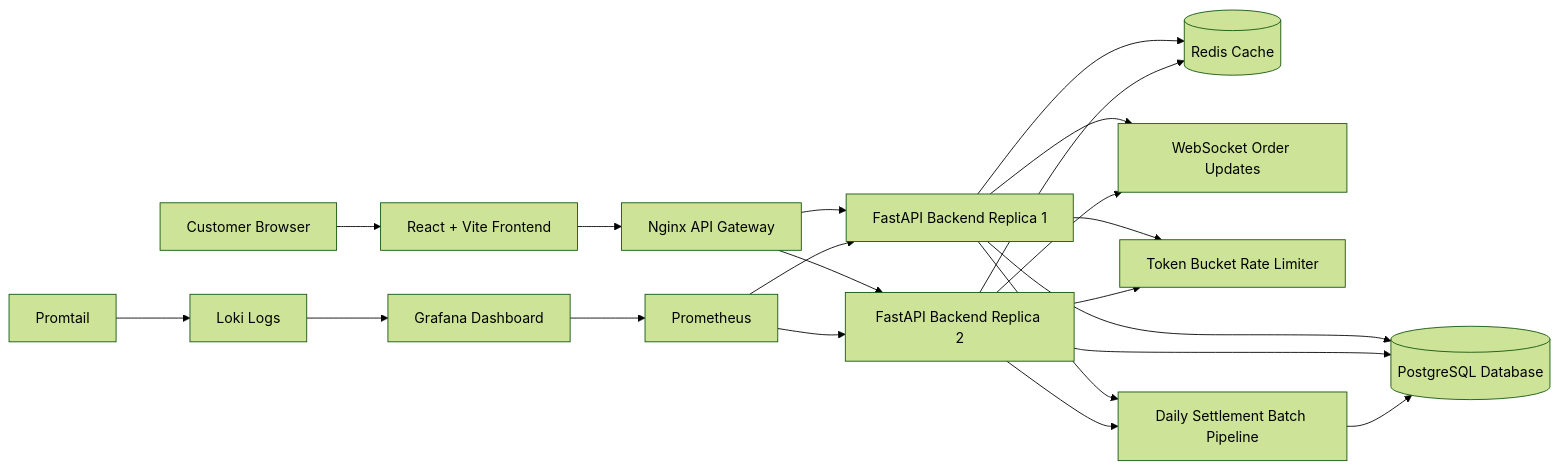
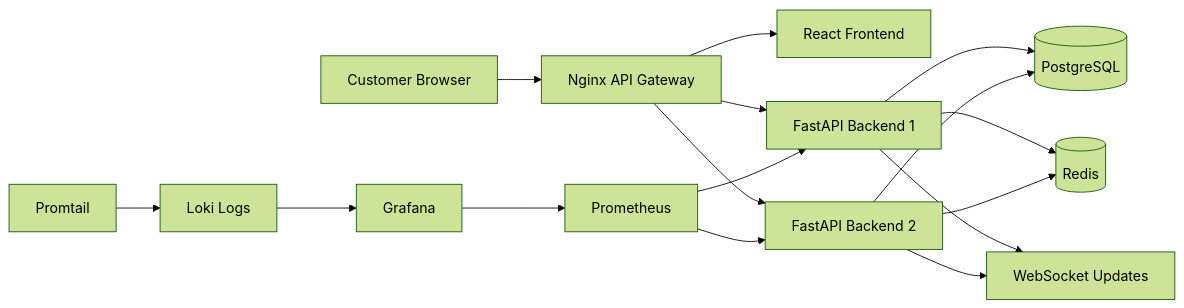
Before and after one commit to Numusohandsome/food-delivery-marketplace: the second of 3 diagrams in docs/final_report.md, drawn with Mermaid (forest theme). The commit also changed other lines of this file, not shown here.

````diff
--- a/docs/final_report.md
+++ b/docs/final_report.md
@@ -486,34 +142,18 @@
 ```mermaid
 flowchart LR
-    User[Customer Browser] --> Frontend[React + Vite Frontend]
-
-    Frontend --> Gateway[Nginx API Gateway]
-
-    Gateway --> Backend1[FastAPI Backend Replica 1]
-    Gateway --> Backend2[FastAPI Backend Replica 2]
-
-    Backend1 --> PostgreSQL[(PostgreSQL Database)]
+    User[Customer Browser] --> Gateway[Nginx API Gateway]
+    Gateway --> Frontend[React Frontend]
+    Gateway --> Backend1[FastAPI Backend 1]
+    Gateway --> Backend2[FastAPI Backend 2]
+    Backend1 --> PostgreSQL[(PostgreSQL)]
     Backend2 --> PostgreSQL
-
-    Backend1 --> Redis[(Redis Cache)]
+    Backend1 --> Redis[(Redis)]
     Backend2 --> Redis
-
-    Backend1 --> WebSocket[WebSocket Order Updates]
+    Backend1 --> WebSocket[WebSocket Updates]
     Backend2 --> WebSocket
-
-    Backend1 --> RateLimiter[Token Bucket Rate Limiter]
-    Backend2 --> RateLimiter
-
-    Backend1 --> BatchPipeline[Daily Settlement Batch Pipeline]
-    Backend2 --> BatchPipeline
-
-    BatchPipeline --> PostgreSQL
-
     Prometheus[Prometheus] --> Backend1
     Prometheus --> Backend2
-
-    Grafana[Grafana Dashboard] --> Prometheus
-
+    Grafana[Grafana] --> Prometheus
     Promtail[Promtail] --> Loki[Loki Logs]
     Loki --> Grafana
 ```
````
